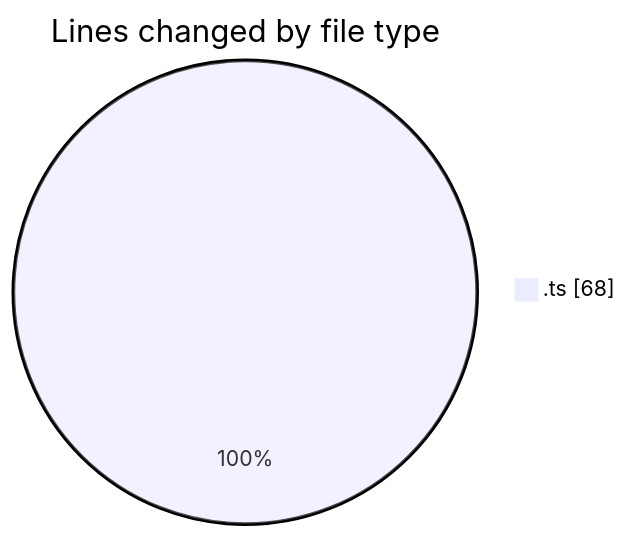
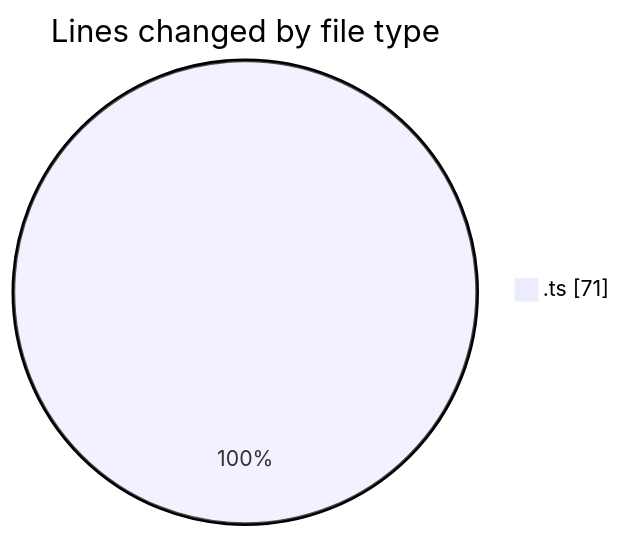
One commit to tmsrecording-cyber/code-tracking changed the first of 2 diagrams in 2026-02-09/singularitybrainai/README.md. Above: the diagram before and after it, drawn with Mermaid. The commit also changed other lines of this file and 1 other file, not shown here.

````diff
--- a/2026-02-09/singularitybrainai/README.md
+++ b/2026-02-09/singularitybrainai/README.md
@@ -20,5 +20,5 @@
 ```mermaid
 pie showData
 title Lines changed by file type
-".ts" : 68
+".ts" : 71
 ```
````
